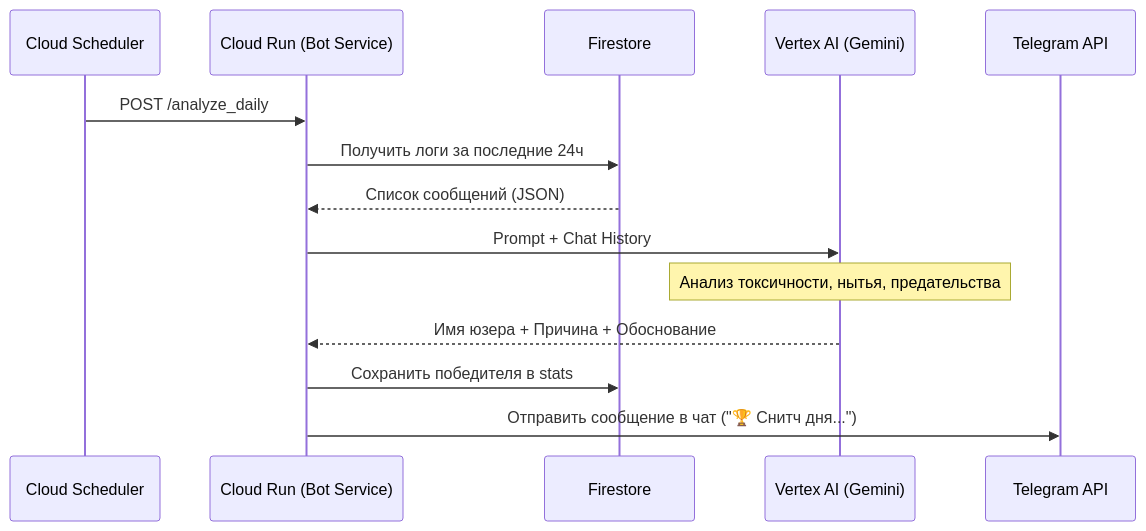
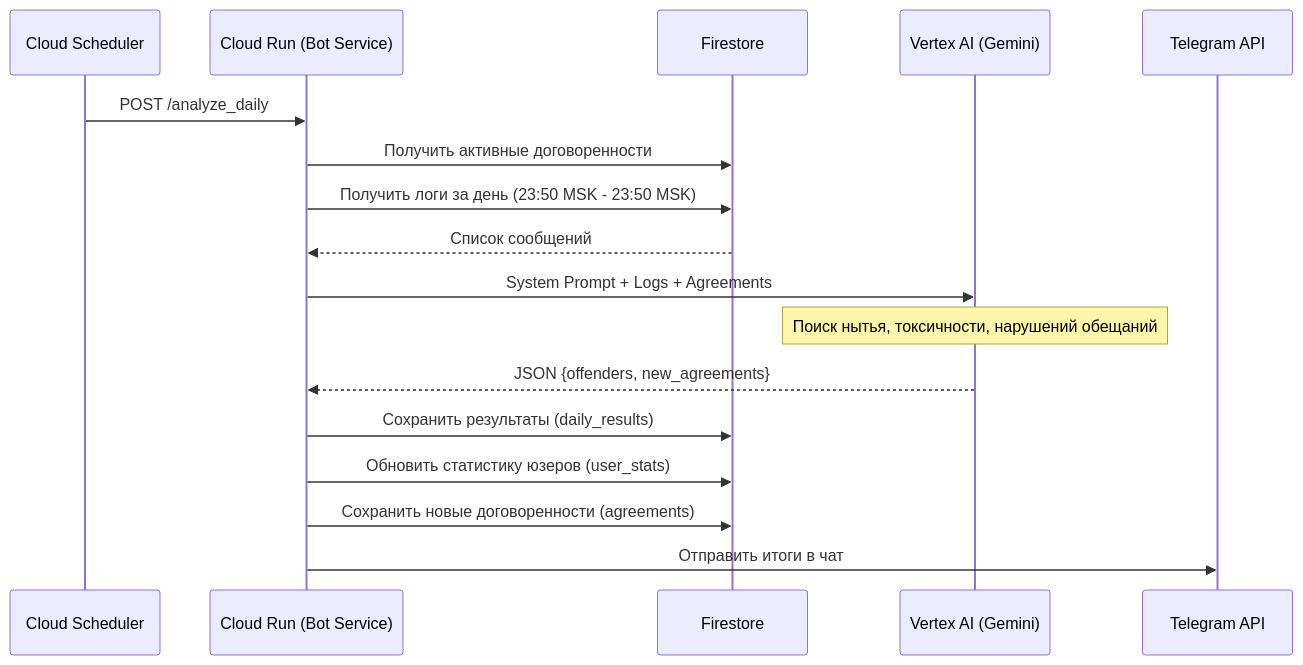
The second of 2 diagrams in plans/architecture.md (derfuchsmsk-bot/bor-snitch), drawn with Mermaid before and after one commit. The commit also changed other lines of this file and 4 other files, not shown here.

````diff
--- a/plans/architecture.md
+++ b/plans/architecture.md
@@ -32,17 +32,20 @@
 ```mermaid
 sequenceDiagram
     participant Scheduler as Cloud Scheduler
     participant Bot as Cloud Run (Bot Service)
     participant DB as Firestore
     participant AI as Vertex AI (Gemini)
     participant TG as Telegram API
 
     Scheduler->>Bot: POST /analyze_daily
-    Bot->>DB: Получить логи за последние 24ч
-    DB-->>Bot: Список сообщений (JSON)
-    Bot->>AI: Prompt + Chat History
-    Note over AI: Анализ токсичности, нытья, предательства
-    AI-->>Bot: Имя юзера + Причина + Обоснование
-    Bot->>DB: Сохранить победителя в stats
-    Bot->>TG: Отправить сообщение в чат ("🏆 Снитч дня...")
+    Bot->>DB: Получить активные договоренности
+    Bot->>DB: Получить логи за день (23:50 MSK - 23:50 MSK)
+    DB-->>Bot: Список сообщений
+    Bot->>AI: System Prompt + Logs + Agreements
+    Note over AI: Поиск нытья, токсичности, нарушений обещаний
+    AI-->>Bot: JSON {offenders, new_agreements}
+    Bot->>DB: Сохранить результаты (daily_results)
+    Bot->>DB: Обновить статистику юзеров (user_stats)
+    Bot->>DB: Сохранить новые договоренности (agreements)
+    Bot->>TG: Отправить итоги в чат
 ```
````
